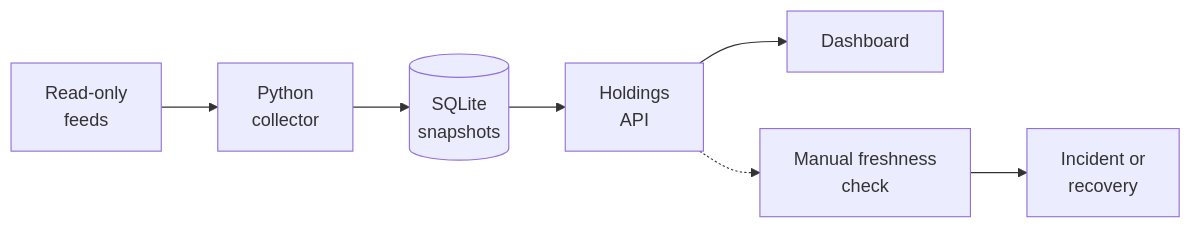
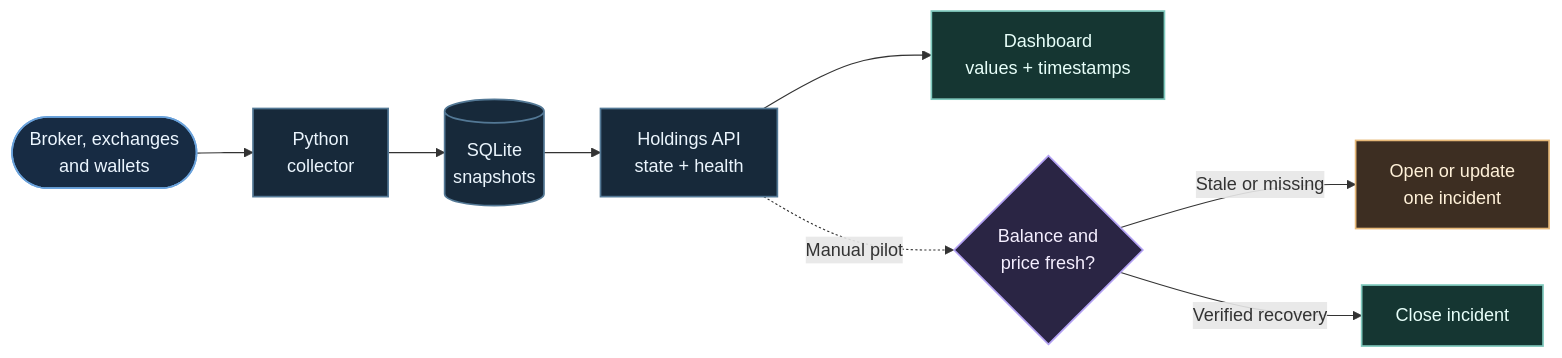
One commit to kazuall/finance-process-portfolio changed the diagram in diagrams/holdings.mmd. Above: the diagram before and after it, drawn with Mermaid. The commit also changed 12 other files, not shown here.

Commit message:
Refine portfolio diagrams and page typography

```diff
--- a/diagrams/holdings.mmd
+++ b/diagrams/holdings.mmd
@@ -1,7 +1,13 @@
 flowchart LR
-  feeds["Read-only<br/>feeds"] --> pull["Python<br/>collector"]
-  pull --> db[("SQLite<br/>snapshots")]
-  db --> api["Holdings<br/>API"]
-  api --> ui["Dashboard"]
-  api -.-> pilot["Manual freshness<br/>check"]
-  pilot --> log["Incident or<br/>recovery"]
+  feeds(["Broker, exchanges<br/>and wallets"]):::feed --> collect["Python<br/>collector"]:::data
+  collect --> store[("SQLite<br/>snapshots")]:::data
+  store --> api["Holdings API<br/>state + health"]:::data
+  api --> dashboard["Dashboard<br/>values + timestamps"]:::confirmed
+  api -. Manual pilot .-> fresh{"Balance and<br/>price fresh?"}:::check
+  fresh -->|Stale or missing| incident["Open or update<br/>one incident"]:::review
+  fresh -->|Verified recovery| close["Close incident"]:::confirmed
+  classDef feed fill:#172b43,stroke:#6aa2db,stroke-width:1.5px,color:#ecf6ff
+  classDef data fill:#17293a,stroke:#537895,stroke-width:1.5px,color:#ebf5fd
+  classDef check fill:#2a2544,stroke:#b2a0f3,stroke-width:1.5px,color:#f5efff
+  classDef review fill:#3d2e22,stroke:#e7b979,stroke-width:1.5px,color:#fff1d9
+  classDef confirmed fill:#153632,stroke:#80cabe,stroke-width:1.5px,color:#e8fffa
```
